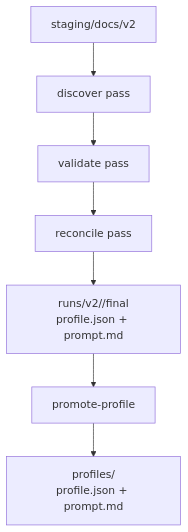
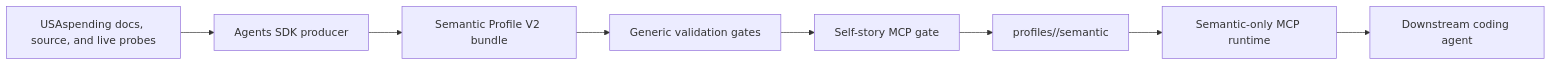
One commit to saulrichardson/gov-gpt changed the diagram in docs/architecture.md. Above: the diagram before and after it, drawn with Mermaid. The commit also changed other lines of this file and 291 other files, not shown here.

Commit message:
Make semantic MCP the only forward path

````diff
--- a/docs/architecture.md
+++ b/docs/architecture.md
@@ -187,9 +13,10 @@
 ```mermaid
-flowchart TD
-    A["staging/docs/v2"] --> B["discover pass"]
-    B --> C["validate pass"]
-    C --> D["reconcile pass"]
-    D --> E["runs/v2/<slug>/final\nprofile.json + prompt.md"]
-    E --> F["promote-profile"]
-    F --> G["profiles/<slug>\nprofile.json + prompt.md"]
+flowchart LR
+    A["USAspending docs, source, and live probes"] --> B["Agents SDK producer"]
+    B --> C["Semantic Profile V2 bundle"]
+    C --> D["Generic validation gates"]
+    D --> E["Self-story MCP gate"]
+    E --> F["profiles/<slug>/semantic"]
+    F --> G["Semantic-only MCP runtime"]
+    G --> H["Downstream coding agent"]
 ```
````
